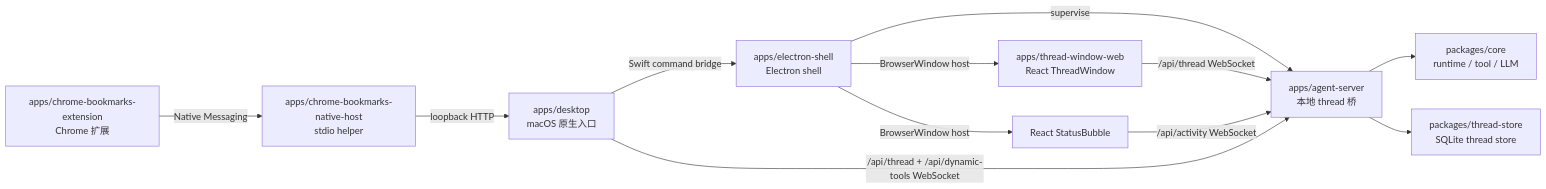
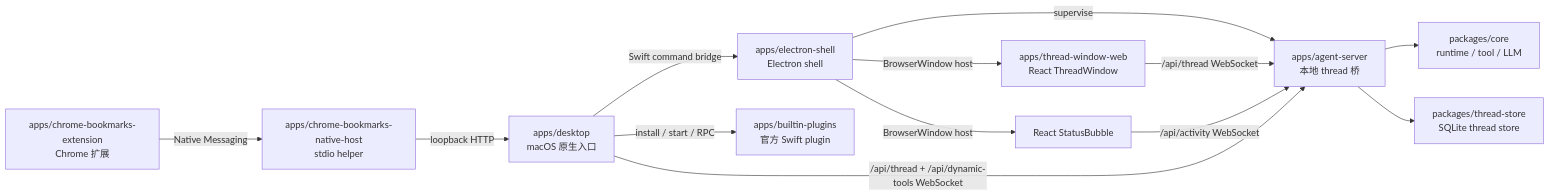
One commit to Lixuhang987/Wisp-Pocket changed the diagram in apps/apps.md. Above: the diagram before and after it, drawn with Mermaid. The commit also changed other lines of this file and 22 other files, not shown here.

Commit message:
Implement context history and automation builtin plugins

````diff
--- a/apps/apps.md
+++ b/apps/apps.md
@@ -18,14 +19,15 @@
 ```mermaid
 flowchart LR
   A[apps/desktop<br/>macOS 原生入口] -->|Swift command bridge| E[apps/electron-shell<br/>Electron shell]
+  A -->|install / start / RPC| P[apps/builtin-plugins<br/>官方 Swift plugin]
   X[apps/chrome-bookmarks-extension<br/>Chrome 扩展] -->|Native Messaging| H[apps/chrome-bookmarks-native-host<br/>stdio helper]
   H -->|loopback HTTP| A
   E -->|BrowserWindow host| W[apps/thread-window-web<br/>React ThreadWindow]
   E -->|BrowserWindow host| S[React StatusBubble]
   E -->|supervise| B[apps/agent-server<br/>本地 thread 桥]
   W -->|/api/thread WebSocket| B
   S -->|/api/activity WebSocket| B
   A -->|/api/thread + /api/dynamic-tools WebSocket| B
   B --> C[packages/core<br/>runtime / tool / LLM]
   B --> T[packages/thread-store<br/>SQLite thread store]
 ```
````
